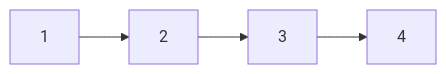
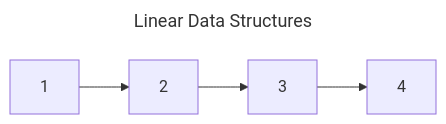
One commit to waseemofficial/DSA_Python changed the first of 2 diagrams in Notes/linear & non-linear ds.md. Above: the diagram before and after it, drawn with Mermaid. The commit also changed other lines of this file and 3 other files, not shown here.

````diff
--- a/Notes/linear & non-linear ds.md
+++ b/Notes/linear & non-linear ds.md
@@ -8,10 +12,13 @@
 ```mermaid
+---
+title: Linear Data Structures
+---
 graph LR
     A[1];
     B[2];
     C[3];
     D[4];
     A-->B;
     B-->C;
     C-->D;
 ```
````
